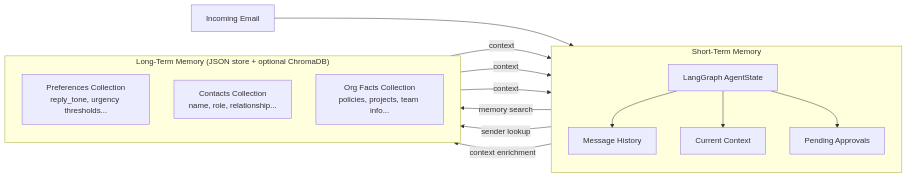
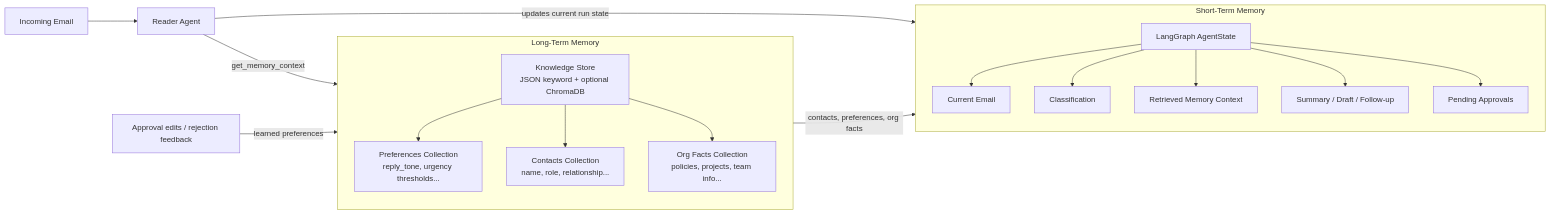
The fifth of 5 diagrams in docs/architecture.md (ArgirisBaras/betsson_assessment), drawn with Mermaid before and after one commit. The commit also changed other lines of this file, not shown here.

Commit message:
docs: improve architecture diagrams for presentation accuracy

````diff
--- a/docs/architecture.md
+++ b/docs/architecture.md
@@ -199,28 +201,36 @@
 ```mermaid
 graph LR
+    EMAIL[Incoming Email] --> RDR[Reader Agent]
+
     subgraph "Short-Term Memory"
         direction TB
         STM[LangGraph AgentState]
-        MSG[Message History]
-        CTX[Current Context]
+        CUR[Current Email]
+        CLS[Classification]
+        MEMCTX[Retrieved Memory Context]
+        OUT[Summary / Draft / Follow-up]
         PEN[Pending Approvals]
-        STM --> MSG
-        STM --> CTX
+        STM --> CUR
+        STM --> CLS
+        STM --> MEMCTX
+        STM --> OUT
         STM --> PEN
     end
 
-    subgraph "Long-Term Memory (JSON store + optional ChromaDB)"
+    subgraph "Long-Term Memory"
         direction TB
+        KS[Knowledge Store<br/>JSON keyword + optional ChromaDB]
         PREF[Preferences Collection<br/>reply_tone, urgency thresholds...]
         CONT[Contacts Collection<br/>name, role, relationship...]
         ORGF[Org Facts Collection<br/>policies, projects, team info...]
+        KS --> PREF
+        KS --> CONT
+        KS --> ORGF
     end
 
-    EMAIL[Incoming Email] --> STM
-    STM -->|memory search| PREF
-    STM -->|sender lookup| CONT
-    STM -->|context enrichment| ORGF
-    PREF -->|context| STM
-    CONT -->|context| STM
-    ORGF -->|context| STM
+    RDR -->|get_memory_context| KS
+    KS -->|contacts, preferences, org facts| MEMCTX
+    RDR -->|updates current run state| STM
+
+    APPROVAL[Approval edits / rejection feedback] -->|learned preferences| PREF
 ```
````
